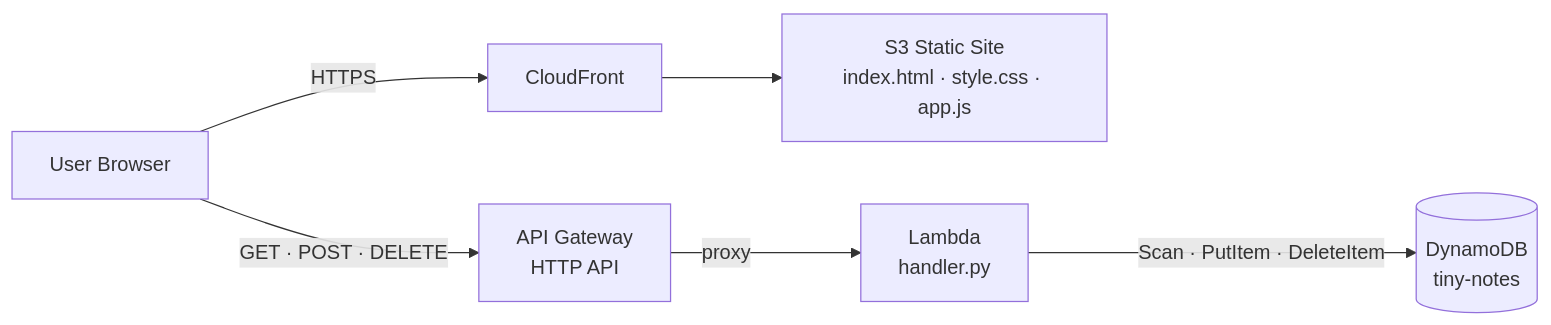
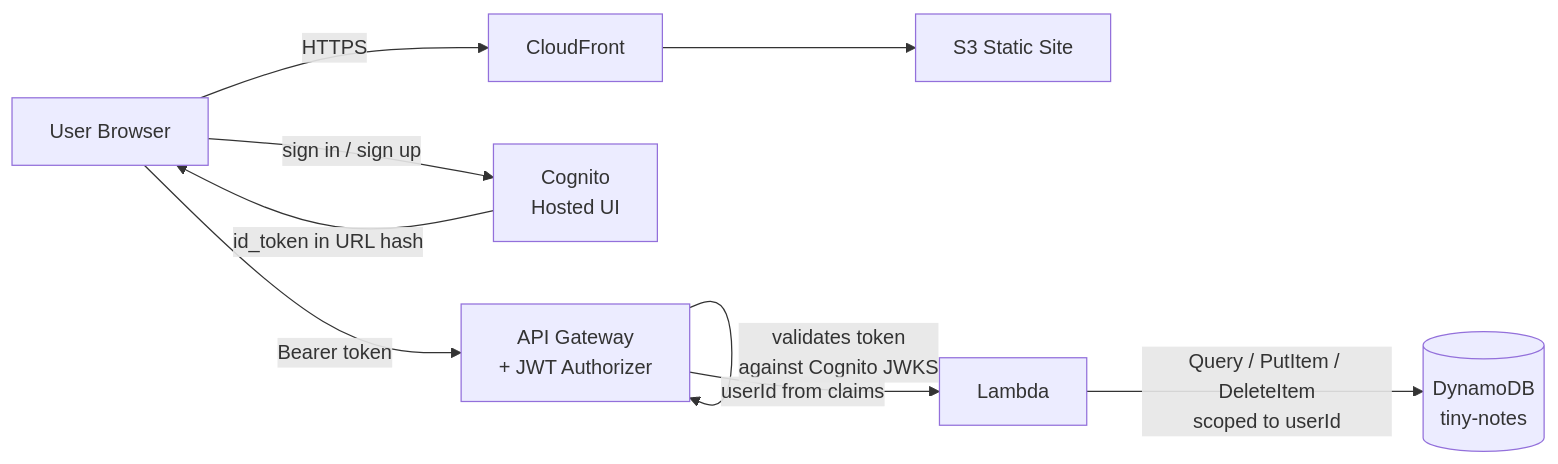
Before and after one commit to nahidacm/aws-practice-lab: the diagram in README.md, drawn with Mermaid. The commit also changed other lines of this file and 4 other files, not shown here.

````diff
--- a/README.md
+++ b/README.md
@@ -224,8 +248,11 @@
 ```mermaid
 flowchart LR
     U[User Browser] -->|HTTPS| CF[CloudFront]
-    CF --> S3[S3 Static Site\nindex.html · style.css · app.js]
-    U -->|GET · POST · DELETE| APIGW[API Gateway\nHTTP API]
-    APIGW -->|proxy| L[Lambda\nhandler.py]
-    L -->|Scan · PutItem · DeleteItem| DDB[(DynamoDB\ntiny-notes)]
+    CF --> S3[S3 Static Site]
+    U -->|sign in / sign up| COG[Cognito\nHosted UI]
+    COG -->|id_token in URL hash| U
+    U -->|Bearer token| APIGW[API Gateway\n+ JWT Authorizer]
+    APIGW -->|validates token\nagainst Cognito JWKS| APIGW
+    APIGW -->|userId from claims| L[Lambda]
+    L -->|Query / PutItem / DeleteItem\nscoped to userId| DDB[(DynamoDB\ntiny-notes)]
 ```
````
